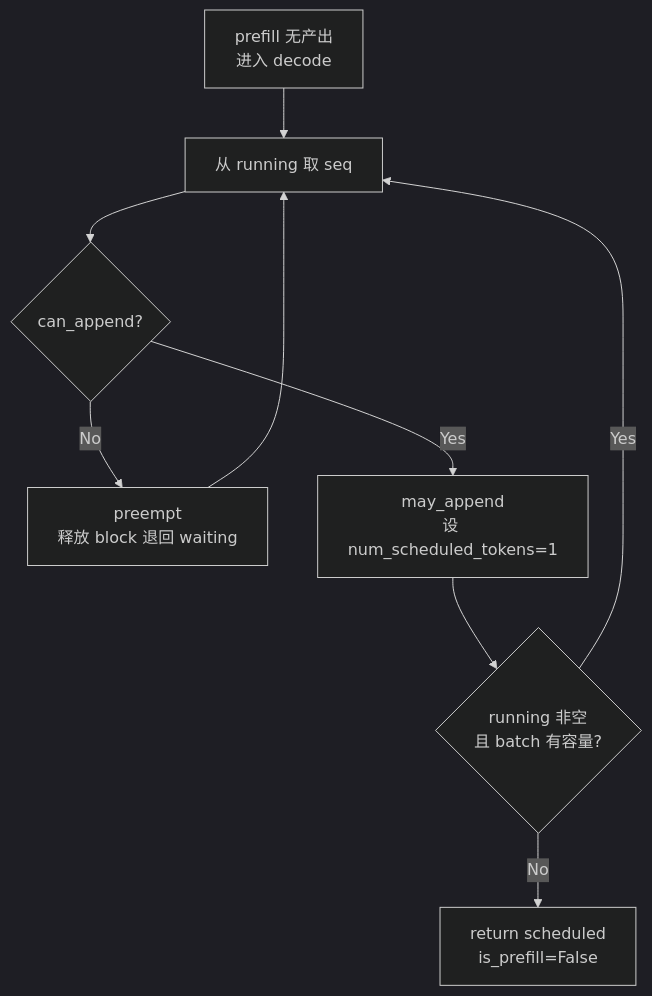
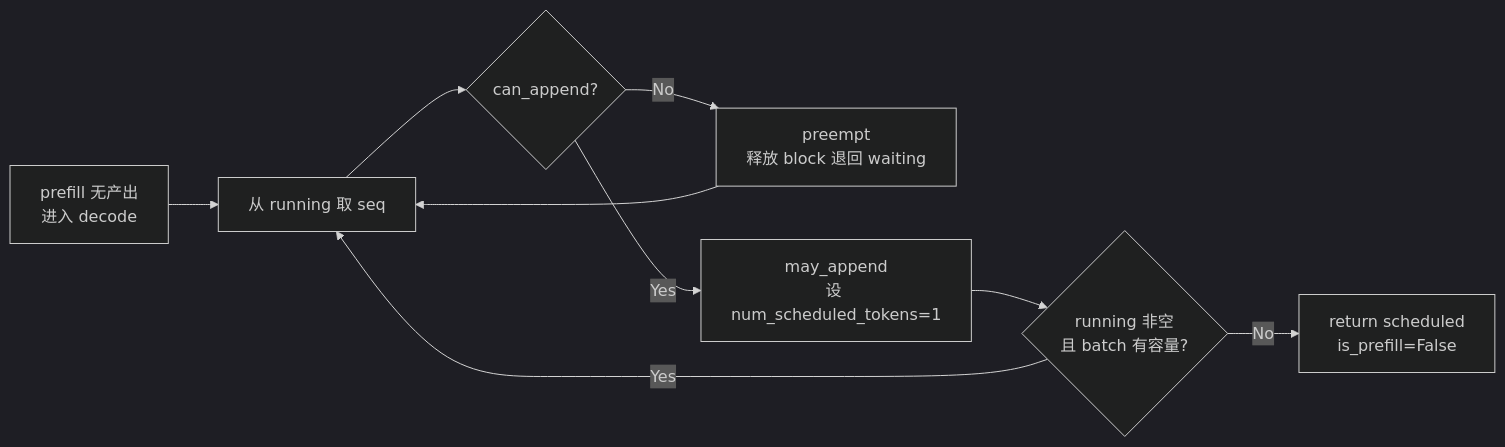
Before and after one commit to ForceInjection/nano-vllm: the third of 4 diagrams in docs/llm-inference-visual/slides/slides.03.md, drawn with Mermaid (dark theme). The commit also changed other lines of this file, not shown here.

````diff
--- a/docs/llm-inference-visual/slides/slides.03.md
+++ b/docs/llm-inference-visual/slides/slides.03.md
@@ -337,11 +337,11 @@
 ```mermaid {scale: 0.65}
-flowchart TD
+flowchart LR
     DE["prefill 无产出<br/>进入 decode"] --> DE1["从 running 取 seq"]
     DE1 --> DE2{"can_append?"}
     DE2 -- No --> DE3["preempt<br/>释放 block 退回 waiting"]
     DE3 --> DE1
     DE2 -- Yes --> DE4["may_append<br/>设 num_scheduled_tokens=1"]
     DE4 --> DE5{"running 非空<br/>且 batch 有容量?"}
     DE5 -- Yes --> DE1
     DE5 -- No --> RetD["return scheduled<br/>is_prefill=False"]
 ```
````
